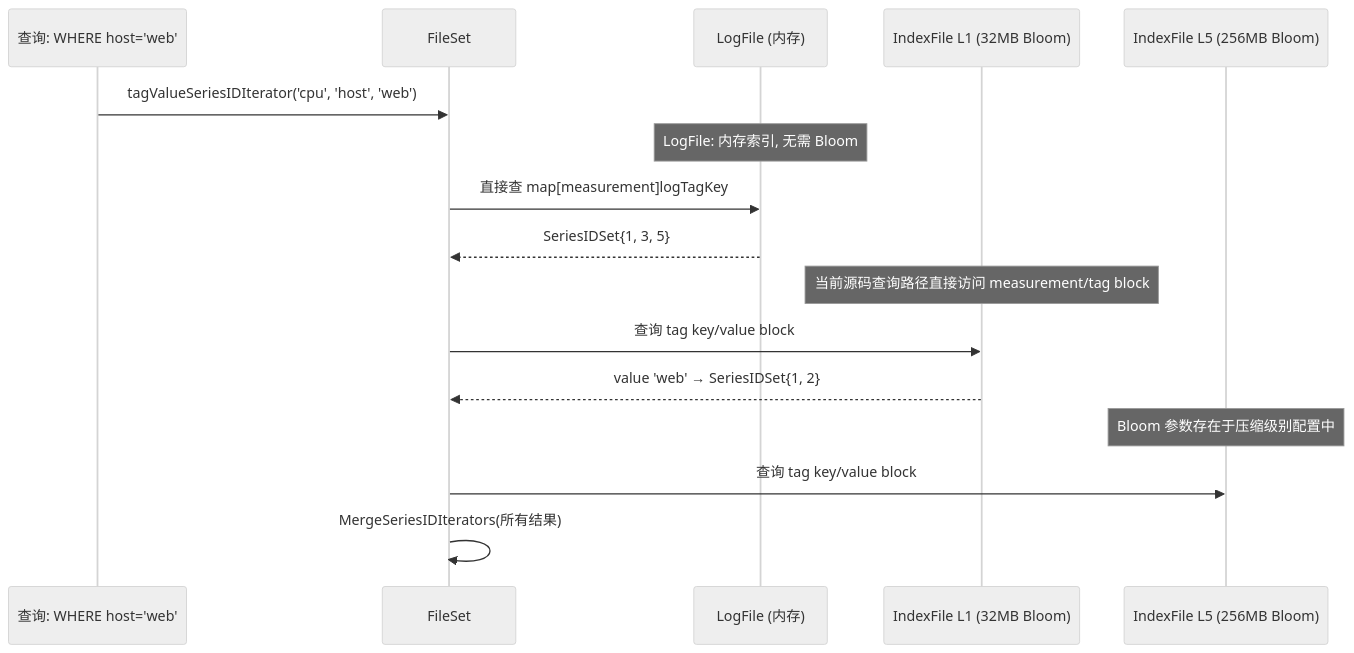
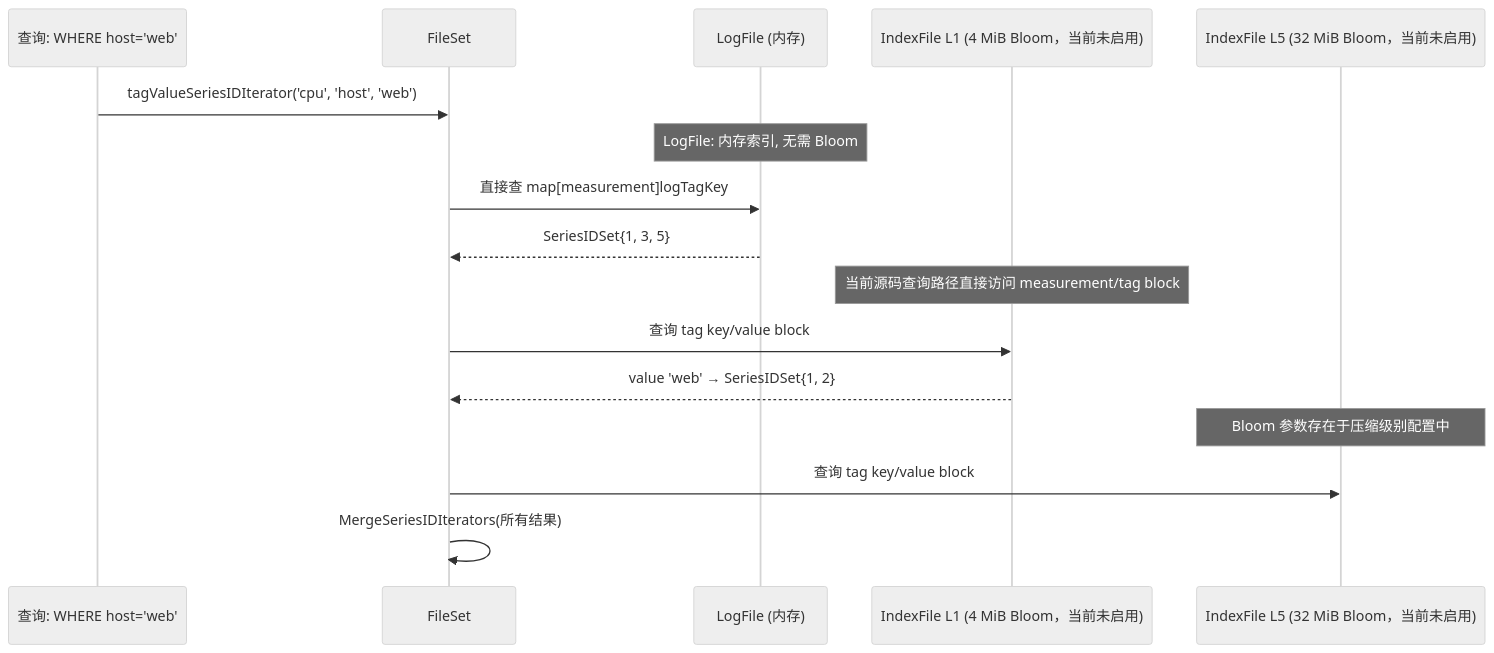
One commit to stefanv5/influxdb changed the sixth of 16 diagrams in docs/specs/02_index_system_spec.md. Above: the diagram before and after it, drawn with Mermaid (neutral theme). The commit also changed other lines of this file and 16 other files, not shown here.

First line of the commit message:
docs: correct and deepen the 17 architecture specs

````diff
--- a/docs/specs/02_index_system_spec.md
+++ b/docs/specs/02_index_system_spec.md
@@ -726,23 +993,23 @@
 ```mermaid
 sequenceDiagram
     participant Query as 查询: WHERE host='web'
     participant FS as FileSet
     participant LF as LogFile (内存)
-    participant IF_L1 as IndexFile L1 (32MB Bloom)
-    participant IF_L5 as IndexFile L5 (256MB Bloom)
+    participant IF_L1 as IndexFile L1 (4 MiB Bloom，当前未启用)
+    participant IF_L5 as IndexFile L5 (32 MiB Bloom，当前未启用)
 
     Query->>FS: tagValueSeriesIDIterator('cpu', 'host', 'web')
 
     Note over LF: LogFile: 内存索引, 无需 Bloom
     FS->>LF: 直接查 map[measurement]logTagKey
     LF-->>FS: SeriesIDSet{1, 3, 5}
 
     Note over IF_L1: 当前源码查询路径直接访问 measurement/tag block
     FS->>IF_L1: 查询 tag key/value block
     IF_L1-->>FS: value 'web' → SeriesIDSet{1, 2}
 
     Note over IF_L5: Bloom 参数存在于压缩级别配置中
     FS->>IF_L5: 查询 tag key/value block
 
     FS->>FS: MergeSeriesIDIterators(所有结果)
 ```
````
